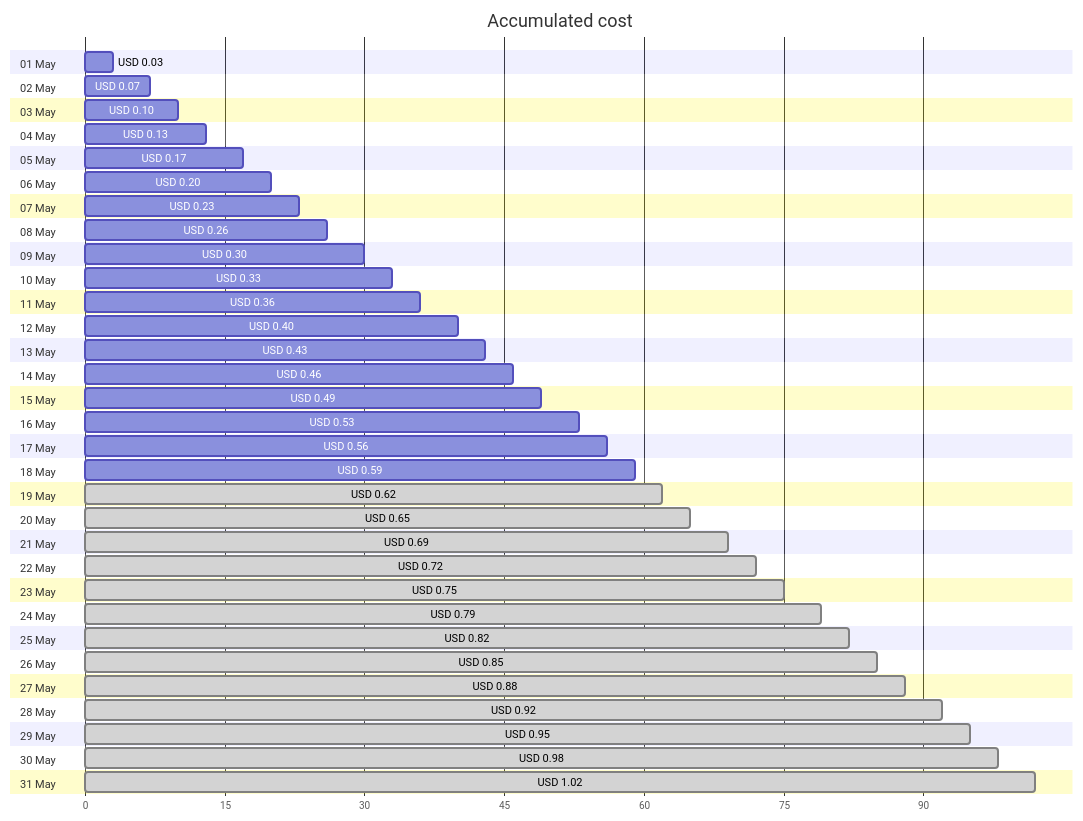
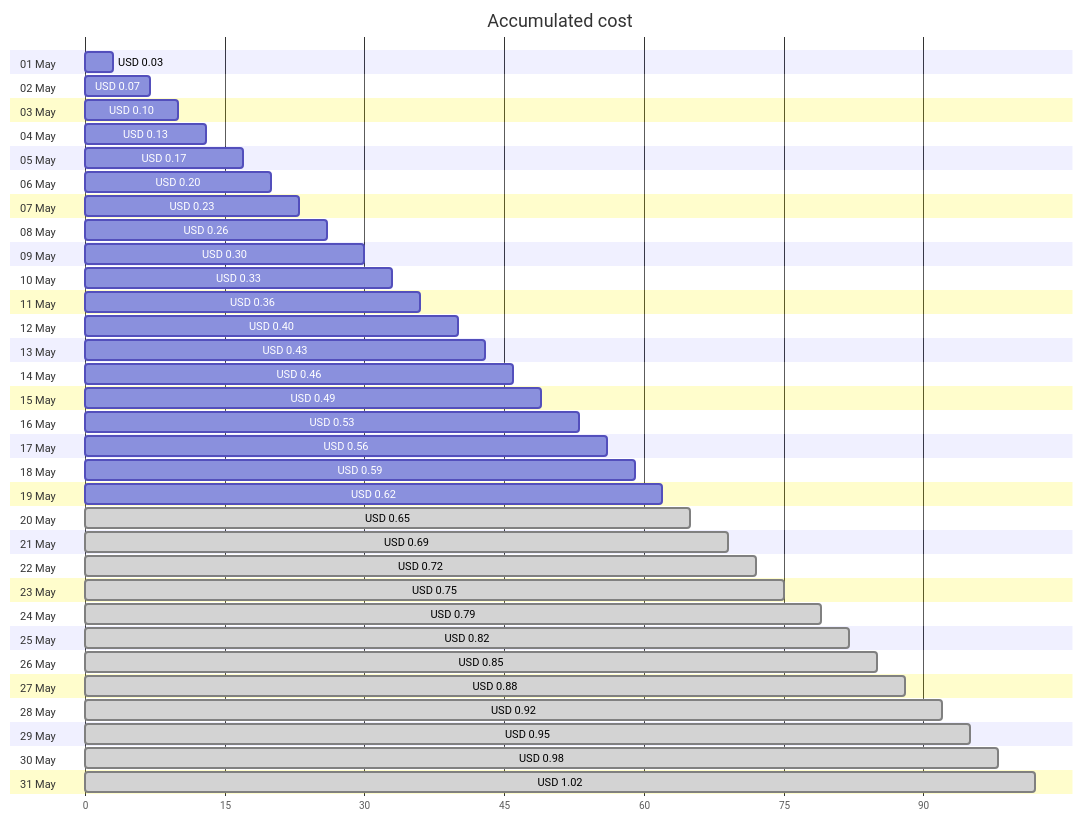
Before and after one commit to jpfulton/azure-personal-reports: the first of 4 diagrams in cost-reports/personal-dns/README.md, drawn with Mermaid. The commit also changed other lines of this file and 2 other files, not shown here.

````diff
--- a/cost-reports/personal-dns/README.md
+++ b/cost-reports/personal-dns/README.md
@@ -20,68 +20,68 @@
 ```mermaid
 gantt
    title Accumulated cost
    dateFormat  X
    axisFormat %s
    section 01 May
    USD 0.03 :0, 3
    section 02 May
    USD 0.07 :0, 7
    section 03 May
    USD 0.10 :0, 10
    section 04 May
    USD 0.13 :0, 13
    section 05 May
    USD 0.17 :0, 17
    section 06 May
    USD 0.20 :0, 20
    section 07 May
    USD 0.23 :0, 23
    section 08 May
    USD 0.26 :0, 26
    section 09 May
    USD 0.30 :0, 30
    section 10 May
    USD 0.33 :0, 33
    section 11 May
    USD 0.36 :0, 36
    section 12 May
    USD 0.40 :0, 40
    section 13 May
    USD 0.43 :0, 43
    section 14 May
    USD 0.46 :0, 46
    section 15 May
    USD 0.49 :0, 49
    section 16 May
    USD 0.53 :0, 53
    section 17 May
    USD 0.56 :0, 56
    section 18 May
    USD 0.59 :0, 59
    section 19 May
-   USD 0.62 : done, 0, 62
+   USD 0.62 :0, 62
    section 20 May
    USD 0.65 : done, 0, 65
    section 21 May
    USD 0.69 : done, 0, 69
    section 22 May
    USD 0.72 : done, 0, 72
    section 23 May
    USD 0.75 : done, 0, 75
    section 24 May
    USD 0.79 : done, 0, 79
    section 25 May
    USD 0.82 : done, 0, 82
    section 26 May
    USD 0.85 : done, 0, 85
    section 27 May
    USD 0.88 : done, 0, 88
    section 28 May
    USD 0.92 : done, 0, 92
    section 29 May
    USD 0.95 : done, 0, 95
    section 30 May
    USD 0.98 : done, 0, 98
    section 31 May
    USD 1.02 : done, 0, 102
 ```
````
